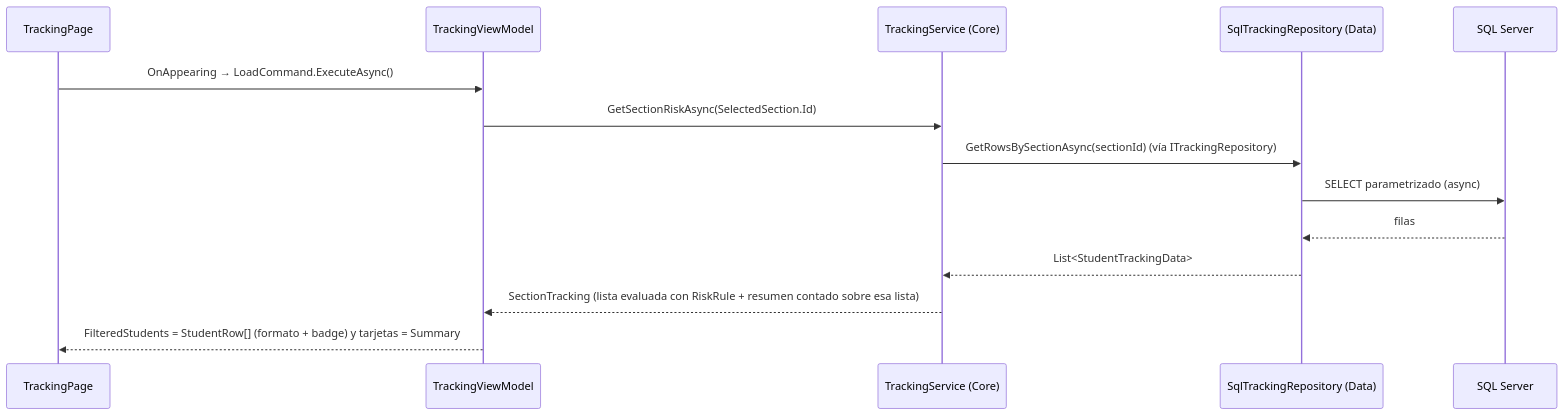
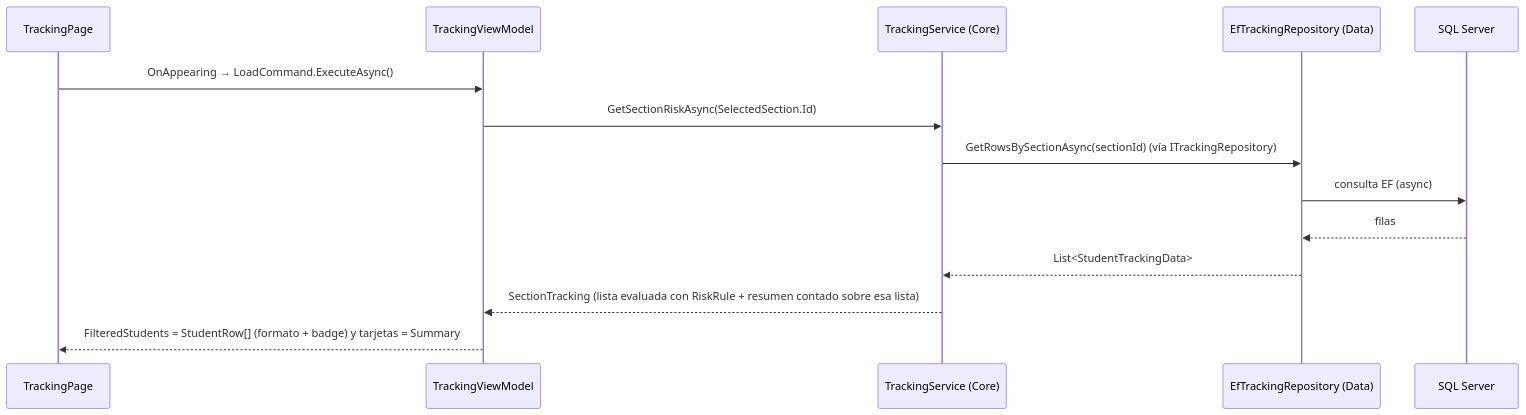
Before and after one commit to bautistacarratu06/PP2: the second of 3 diagrams in GestionEscolar/ARCHITECTURE.md, drawn with Mermaid. The commit also changed other lines of this file and 1 other file, not shown here.

Commit message:
update documentation replacing pure sql with ef

````diff
--- a/GestionEscolar/ARCHITECTURE.md
+++ b/GestionEscolar/ARCHITECTURE.md
@@ -175,16 +173,16 @@
 ```mermaid
 sequenceDiagram
     participant P as TrackingPage
     participant VM as TrackingViewModel
     participant S as TrackingService (Core)
-    participant R as SqlTrackingRepository (Data)
+    participant R as EfTrackingRepository (Data)
     participant DB as SQL Server
     P->>VM: OnAppearing → LoadCommand.ExecuteAsync()
     VM->>S: GetSectionRiskAsync(SelectedSection.Id)
     S->>R: GetRowsBySectionAsync(sectionId) (vía ITrackingRepository)
-    R->>DB: SELECT parametrizado (async)
+    R->>DB: consulta EF (async)
     DB-->>R: filas
     R-->>S: List<StudentTrackingData>
     S-->>VM: SectionTracking (lista evaluada con RiskRule + resumen contado sobre esa lista)
     VM-->>P: FilteredStudents = StudentRow[] (formato + badge) y tarjetas = Summary
 ```
````
